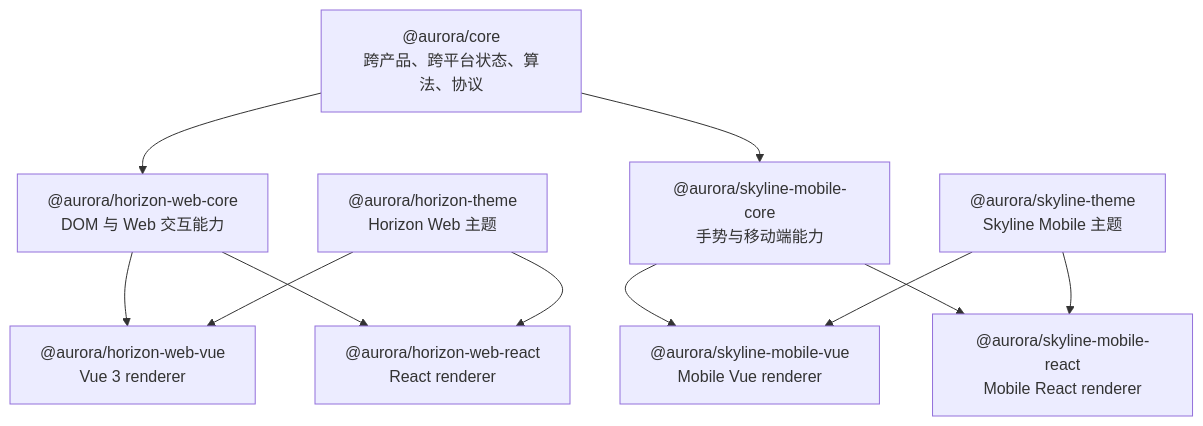
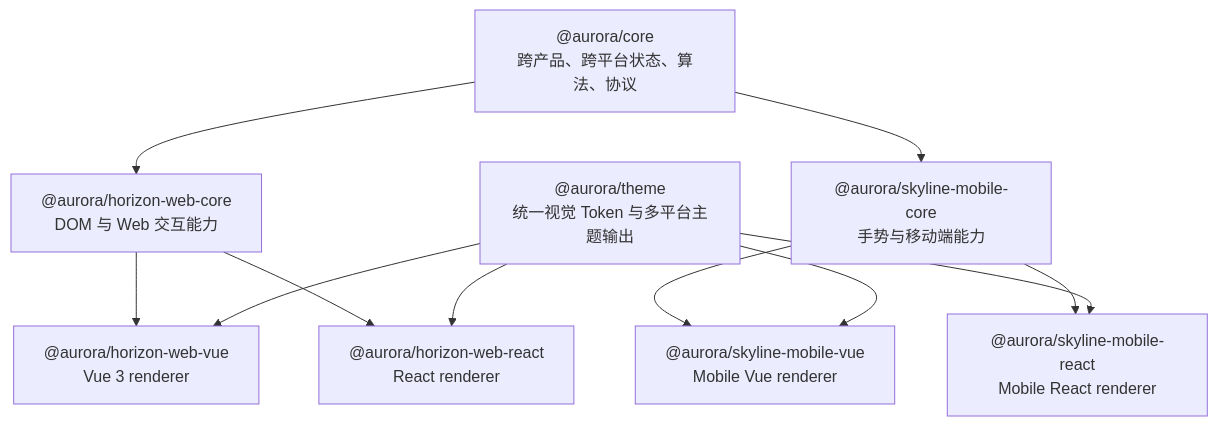
The diagram in packages/docs/zh/guide/multi-platform-refactor.md (van-fe/horizon-web), drawn with Mermaid before and after one commit. The commit also changed other lines of this file and 1 other file, not shown here.

Commit message:
docs: unify shared Aurora theme package

````diff
--- a/packages/docs/zh/guide/multi-platform-refactor.md
+++ b/packages/docs/zh/guide/multi-platform-refactor.md
@@ -85,26 +83,25 @@
 ```mermaid
 flowchart TB
     AC["@aurora/core<br/>跨产品、跨平台状态、算法、协议"]
 
-    HT["@aurora/horizon-theme<br/>Horizon Web 主题"]
+    AT["@aurora/theme<br/>统一视觉 Token 与多平台主题输出"]
     HWC["@aurora/horizon-web-core<br/>DOM 与 Web 交互能力"]
     HWV["@aurora/horizon-web-vue<br/>Vue 3 renderer"]
     HWR["@aurora/horizon-web-react<br/>React renderer"]
 
-    ST["@aurora/skyline-theme<br/>Skyline Mobile 主题"]
     SMC["@aurora/skyline-mobile-core<br/>手势与移动端能力"]
     SMV["@aurora/skyline-mobile-vue<br/>Mobile Vue renderer"]
     SMR["@aurora/skyline-mobile-react<br/>Mobile React renderer"]
 
     AC --> HWC
     HWC --> HWV
     HWC --> HWR
-    HT --> HWV
-    HT --> HWR
+    AT --> HWV
+    AT --> HWR
 
     AC --> SMC
     SMC --> SMV
     SMC --> SMR
-    ST --> SMV
-    ST --> SMR
+    AT --> SMV
+    AT --> SMR
 ```
````
